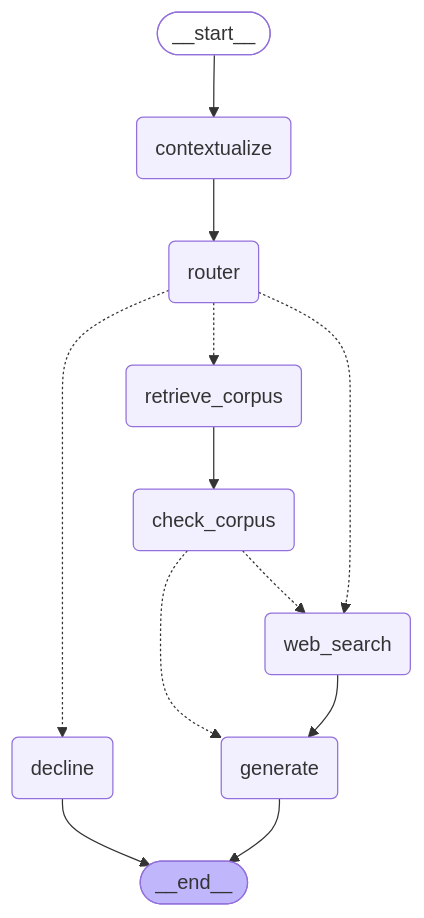
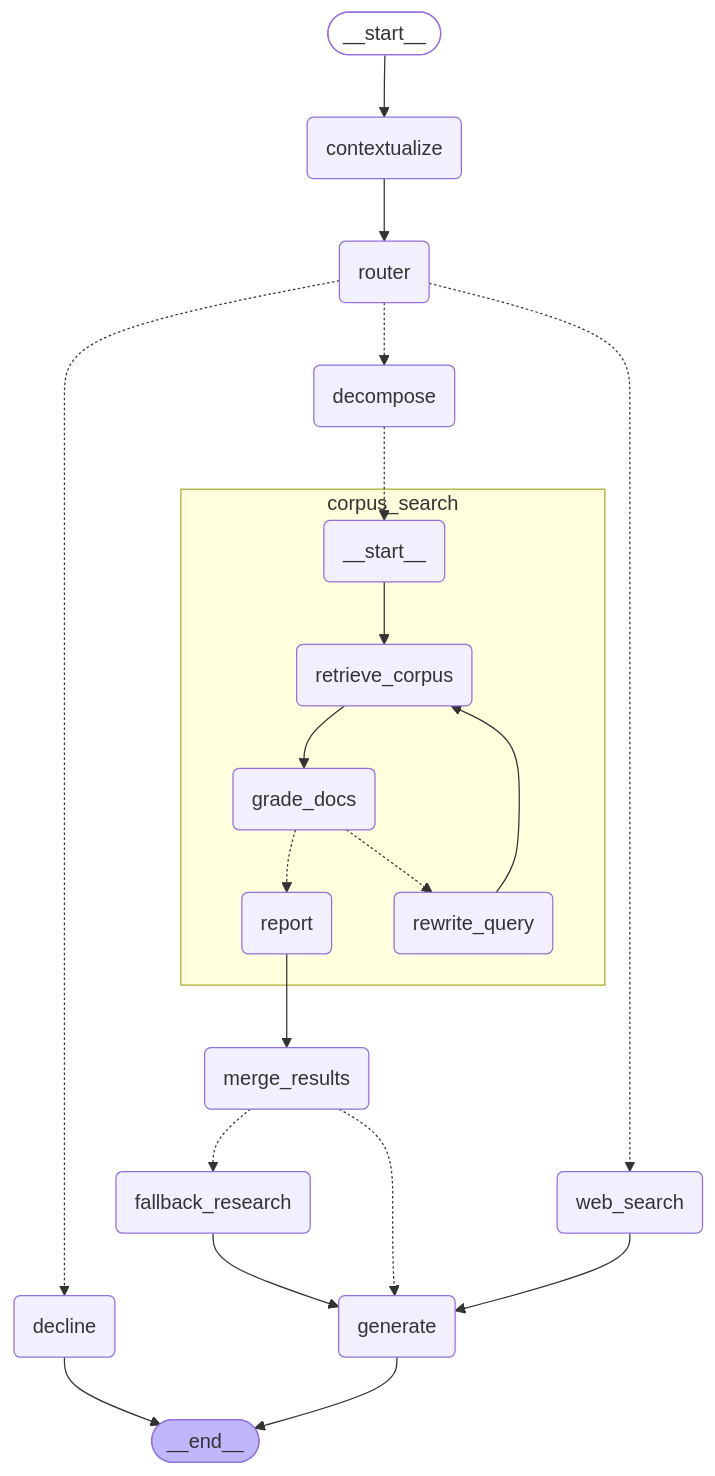
The diagram in README.md (Francisco-J-Gomez/ai-code-assistant-self-reflective), drawn with Mermaid before and after one commit. The commit also changed other lines of this file and 23 other files, not shown here.

First line of the commit message:
Phase 3: corrective RAG with per-sub-query grading and research fallback

````diff
--- a/README.md
+++ b/README.md
@@ -55,26 +55,41 @@
 ```mermaid
 graph TD;
 	__start__([<p>__start__</p>]):::first
 	contextualize(contextualize)
 	router(router)
 	decline(decline)
-	retrieve_corpus(retrieve_corpus)
-	check_corpus(check_corpus)
+	decompose(decompose)
+	fallback_research(fallback_research)
 	web_search(web_search)
 	generate(generate)
+	merge_results(merge_results)
 	__end__([<p>__end__</p>]):::last
 	__start__ --> contextualize;
-	check_corpus -.-> generate;
-	check_corpus -.-> web_search;
 	contextualize --> router;
-	retrieve_corpus --> check_corpus;
+	cs_report --> merge_results;
+	decompose -.-> cs___start__;
+	fallback_research --> generate;
+	merge_results -.-> fallback_research;
+	merge_results -.-> generate;
 	router -.-> decline;
-	router -.-> retrieve_corpus;
+	router -.-> decompose;
 	router -.-> web_search;
 	web_search --> generate;
 	decline --> __end__;
 	generate --> __end__;
+	subgraph corpus_search
+	cs___start__(<p>__start__</p>)
+	cs_retrieve_corpus(retrieve_corpus)
+	cs_grade_docs(grade_docs)
+	cs_rewrite_query(rewrite_query)
+	cs_report(report)
+	cs___start__ --> cs_retrieve_corpus;
+	cs_grade_docs -.-> cs_report;
+	cs_grade_docs -.-> cs_rewrite_query;
+	cs_retrieve_corpus --> cs_grade_docs;
+	cs_rewrite_query --> cs_retrieve_corpus;
+	end
 	classDef default fill:#f2f0ff,line-height:1.2
 	classDef first fill-opacity:0
 	classDef last fill:#bfb6fc
 ```
````
